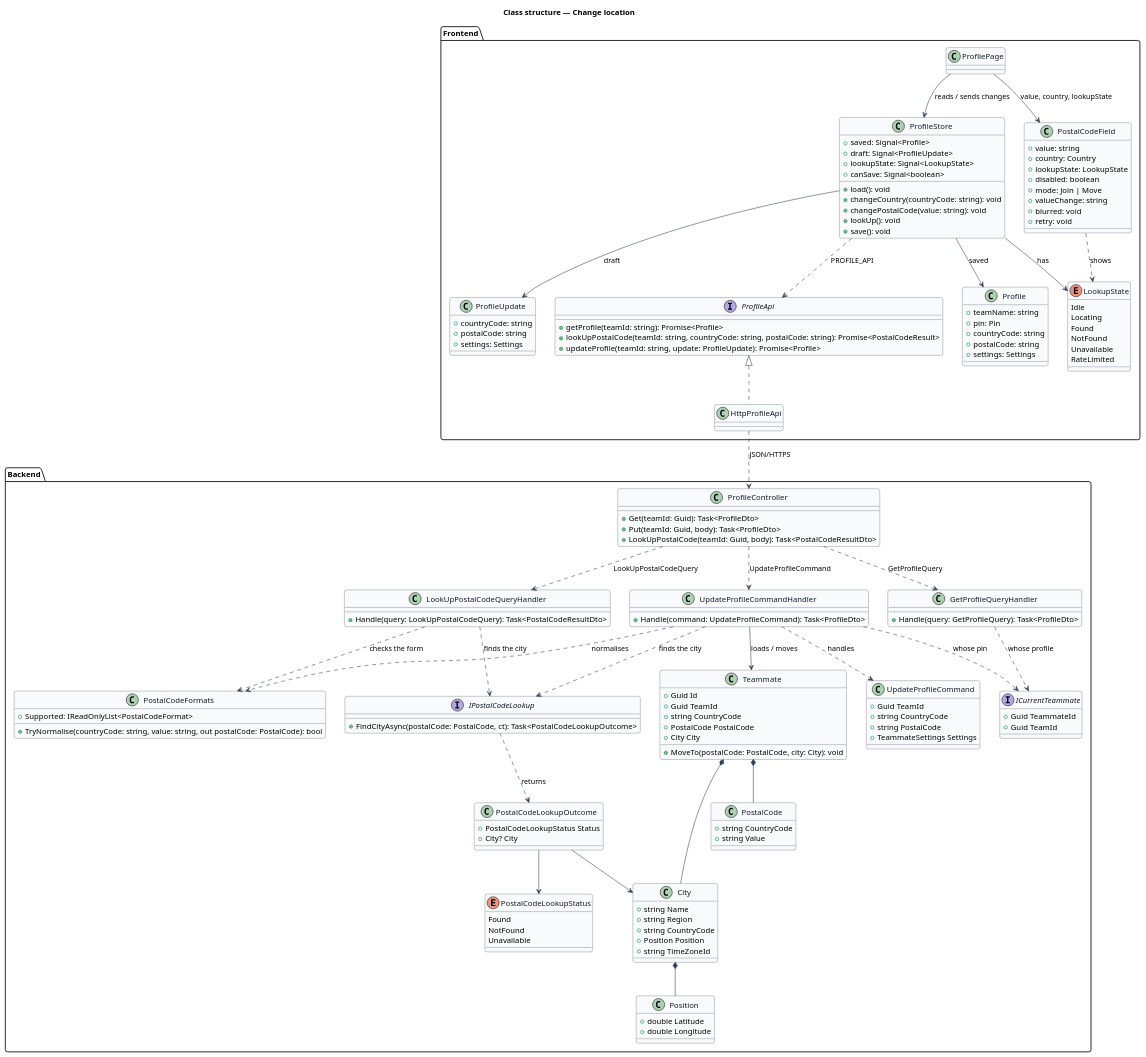
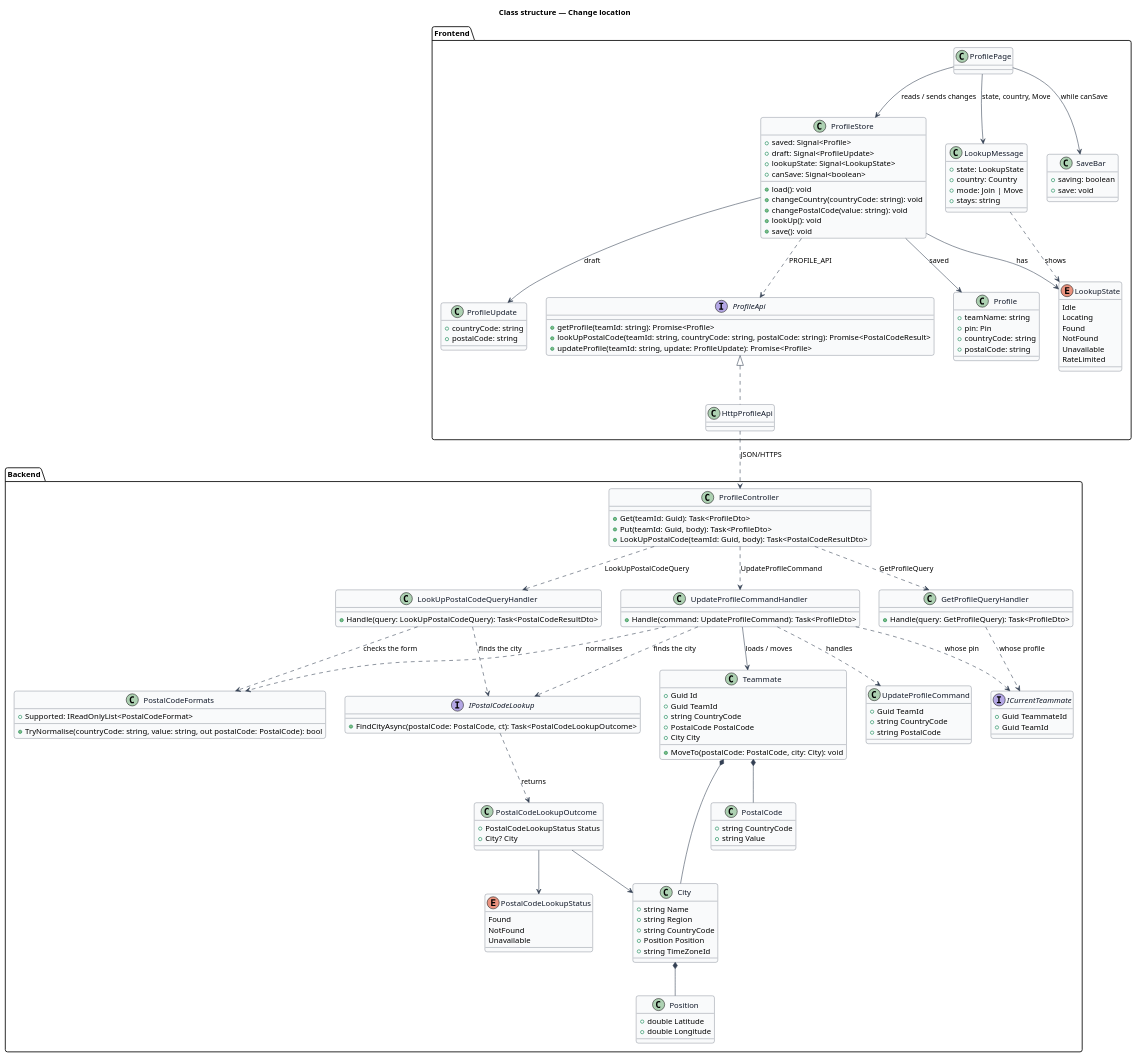
Before and after one commit to QuinntyneBrown/Mondino: the diagram in docs/detailed-designs/profile/change-location/diagrams/class-structure.puml, drawn with PlantUML. The commit also changed 17 other files, not shown here.

First line of the commit message:
Settle the teammate's own lookup limit and bring change-location in line

```diff
--- a/docs/detailed-designs/profile/change-location/diagrams/class-structure.puml
+++ b/docs/detailed-designs/profile/change-location/diagrams/class-structure.puml
@@ -1,157 +1,155 @@
 @startuml
 skinparam backgroundColor #FFFFFF
 skinparam shadowing false
 skinparam roundcorner 8
 skinparam defaultFontName Arial
 skinparam ArrowColor #344054
 skinparam class {
   BorderColor #344054
   FontColor #101828
   BackgroundColor #F9FAFB
 }
 title Class structure — Change location
 
 package "Frontend" {
   interface ProfileApi {
     +getProfile(teamId: string): Promise<Profile>
     +lookUpPostalCode(teamId: string, countryCode: string, postalCode: string): Promise<PostalCodeResult>
     +updateProfile(teamId: string, update: ProfileUpdate): Promise<Profile>
   }
   class HttpProfileApi
   class ProfileStore {
     +saved: Signal<Profile>
     +draft: Signal<ProfileUpdate>
     +lookupState: Signal<LookupState>
     +canSave: Signal<boolean>
     +load(): void
     +changeCountry(countryCode: string): void
     +changePostalCode(value: string): void
     +lookUp(): void
     +save(): void
   }
   class ProfilePage
   class Profile {
     +teamName: string
     +pin: Pin
     +countryCode: string
     +postalCode: string
-    +settings: Settings
   }
   class ProfileUpdate {
     +countryCode: string
     +postalCode: string
-    +settings: Settings
   }
   enum LookupState {
     Idle
     Locating
     Found
     NotFound
     Unavailable
     RateLimited
   }
-  class PostalCodeField {
-    +value: string
+  class LookupMessage {
+    +state: LookupState
     +country: Country
-    +lookupState: LookupState
-    +disabled: boolean
     +mode: Join | Move
-    +valueChange: string
-    +blurred: void
-    +retry: void
+    +stays: string
+  }
+  class SaveBar {
+    +saving: boolean
+    +save: void
   }
 }
 
 package "Backend" {
   class ProfileController {
     +Get(teamId: Guid): Task<ProfileDto>
     +Put(teamId: Guid, body): Task<ProfileDto>
     +LookUpPostalCode(teamId: Guid, body): Task<PostalCodeResultDto>
   }
   class UpdateProfileCommand {
     +Guid TeamId
     +string CountryCode
     +string PostalCode
-    +TeammateSettings Settings
   }
   class UpdateProfileCommandHandler {
     +Handle(command: UpdateProfileCommand): Task<ProfileDto>
   }
   class LookUpPostalCodeQueryHandler {
     +Handle(query: LookUpPostalCodeQuery): Task<PostalCodeResultDto>
   }
   class GetProfileQueryHandler {
     +Handle(query: GetProfileQuery): Task<ProfileDto>
   }
   interface ICurrentTeammate {
     +Guid TeammateId
     +Guid TeamId
   }
   interface IPostalCodeLookup {
     +FindCityAsync(postalCode: PostalCode, ct): Task<PostalCodeLookupOutcome>
   }
   class PostalCodeLookupOutcome {
     +PostalCodeLookupStatus Status
     +City? City
   }
   enum PostalCodeLookupStatus {
     Found
     NotFound
     Unavailable
   }
   class PostalCodeFormats {
     +Supported: IReadOnlyList<PostalCodeFormat>
     +TryNormalise(countryCode: string, value: string, out postalCode: PostalCode): bool
   }
   class Teammate {
     +Guid Id
     +Guid TeamId
     +string CountryCode
     +PostalCode PostalCode
     +City City
     +MoveTo(postalCode: PostalCode, city: City): void
   }
   class City {
     +string Name
     +string Region
     +string CountryCode
     +Position Position
     +string TimeZoneId
   }
   class Position {
     +double Latitude
     +double Longitude
   }
   class PostalCode {
     +string CountryCode
     +string Value
   }
 }
 
 ProfilePage --> ProfileStore : reads / sends changes
 ProfileStore ..> ProfileApi : PROFILE_API
 ProfileApi <|.. HttpProfileApi
 ProfileStore --> Profile : saved
 ProfileStore --> ProfileUpdate : draft
 ProfileStore --> LookupState : has
-ProfilePage --> PostalCodeField : value, country, lookupState
-PostalCodeField ..> LookupState : shows
+ProfilePage --> LookupMessage : state, country, Move
+ProfilePage --> SaveBar : while canSave
+LookupMessage ..> LookupState : shows
 IPostalCodeLookup ..> PostalCodeLookupOutcome : returns
 PostalCodeLookupOutcome --> PostalCodeLookupStatus
 PostalCodeLookupOutcome --> City
 HttpProfileApi ..> ProfileController : JSON/HTTPS
 ProfileController ..> GetProfileQueryHandler : GetProfileQuery
 ProfileController ..> LookUpPostalCodeQueryHandler : LookUpPostalCodeQuery
 ProfileController ..> UpdateProfileCommandHandler : UpdateProfileCommand
 UpdateProfileCommandHandler ..> UpdateProfileCommand : handles
 UpdateProfileCommandHandler ..> ICurrentTeammate : whose pin
 UpdateProfileCommandHandler ..> IPostalCodeLookup : finds the city
 UpdateProfileCommandHandler ..> PostalCodeFormats : normalises
 UpdateProfileCommandHandler --> Teammate : loads / moves
 LookUpPostalCodeQueryHandler ..> PostalCodeFormats : checks the form
 LookUpPostalCodeQueryHandler ..> IPostalCodeLookup : finds the city
 GetProfileQueryHandler ..> ICurrentTeammate : whose profile
 Teammate *-- PostalCode
 Teammate *-- City
 City *-- Position
 @enduml
```
